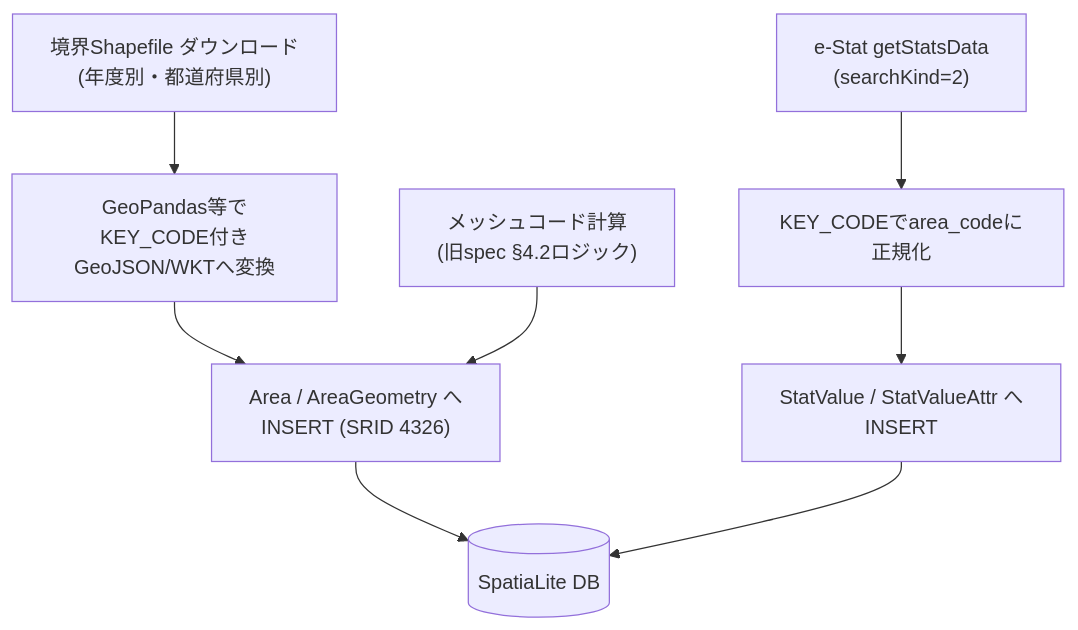
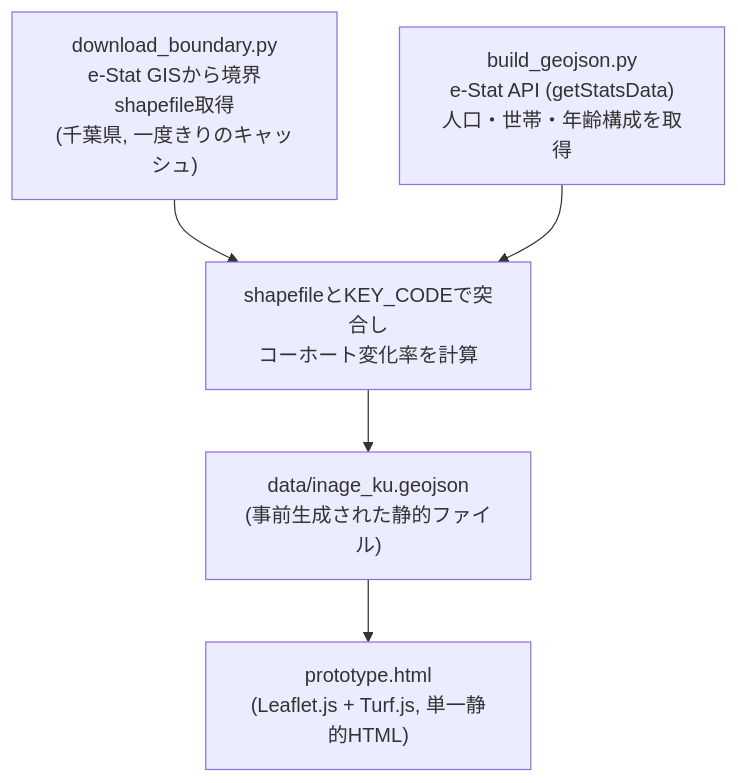
Before and after one commit to cloud42-labo/experimental: the diagram in store-survival-simulator-design-doc.md, drawn with Mermaid. The commit also changed other lines of this file and 1 other file, not shown here.

````diff
--- a/store-survival-simulator-design-doc.md
+++ b/store-survival-simulator-design-doc.md
@@ -128,10 +16,7 @@
 ```mermaid
 flowchart TD
-    A["境界Shapefile ダウンロード\n(年度別・都道府県別)"] --> B["GeoPandas等でKEY_CODE付き\nGeoJSON/WKTへ変換"]
-    B --> C["Area / AreaGeometry へ\nINSERT (SRID 4326)"]
-    D["e-Stat getStatsData\n(searchKind=2)"] --> E["KEY_CODEでarea_codeに正規化"]
-    E --> F["StatValue / StatValueAttr へ\nINSERT"]
-    C --> G[(SpatiaLite DB)]
-    F --> G
-    H["メッシュコード計算\n(旧spec §4.2ロジック)"] --> C
+    A["download_boundary.py\ne-Stat GISから境界shapefile取得\n(千葉県, 一度きりのキャッシュ)"] --> C
+    B["build_geojson.py\ne-Stat API (getStatsData)\n人口・世帯・年齢構成を取得"] --> C["shapefileとKEY_CODEで突合し\nコーホート変化率を計算"]
+    C --> D["data/inage_ku.geojson\n(事前生成された静的ファイル)"]
+    D --> E["prototype.html\n(Leaflet.js + Turf.js, 単一静的HTML)"]
 ```
````
